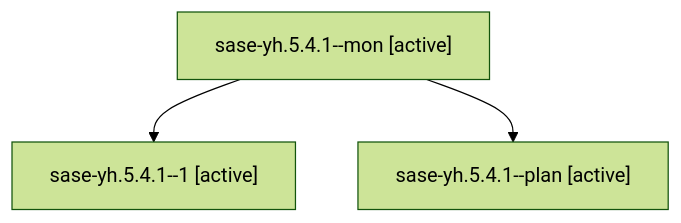
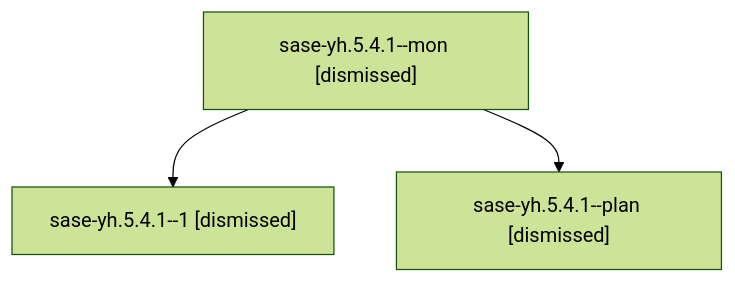
One commit to sase-org/sase--agents changed the diagram in sessions/bbugyi200.athena.sase-yh.5.4.1.md. Above: the diagram before and after it, drawn with Mermaid (forest theme). The commit also changed other lines of this file and 141 other files, not shown here.

````diff
--- a/sessions/bbugyi200.athena.sase-yh.5.4.1.md
+++ b/sessions/bbugyi200.athena.sase-yh.5.4.1.md
@@ -9,8 +9,8 @@
 ```mermaid
 flowchart TD
-  n0["sase-yh.5.4.1--mon [active]"]
-  n1["sase-yh.5.4.1--1 [active]"]
+  n0["sase-yh.5.4.1--mon [dismissed]"]
+  n1["sase-yh.5.4.1--1 [dismissed]"]
   n0 --> n1
-  n2["sase-yh.5.4.1--plan [active]"]
+  n2["sase-yh.5.4.1--plan [dismissed]"]
   n0 --> n2
 ```
````
